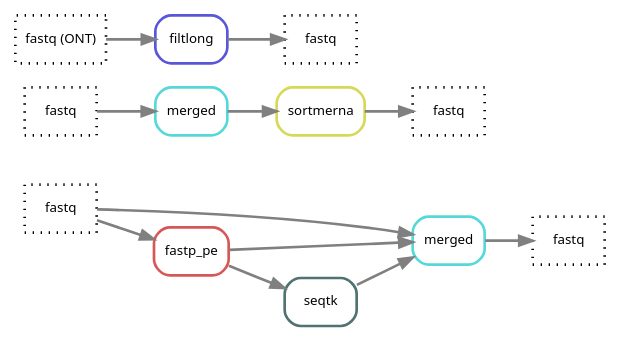
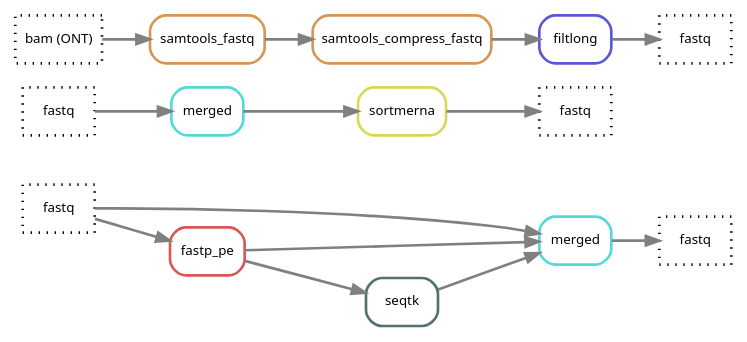
The diagram in docs/images/all.dot (hydra-genetics/prealignment), drawn with Graphviz before and after one commit. The commit also changed 16 other files, not shown here.

First line of the commit message:
feat: add samtools rules to convert ONT ubam to fastq.gz before filtlong

```diff
--- a/docs/images/all.dot
+++ b/docs/images/all.dot
@@ -1,29 +1,33 @@
 digraph snakemake_dag {
 	rankdir=LR;
     graph[bgcolor=white, margin=0];
     node[shape=box, style=rounded, fontname=sans,                 fontsize=10, penwidth=2];
     edge[penwidth=2, color=grey];
 	0[label = "fastq", color = "0.0 0.0 0.0", style="dotted"];
 	20[label = "fastq", color = "0.0 0.0 0.0", style="dotted"];
 	10[label = "fastq", color = "0.0 0.0 0.0", style="dotted"];
 	11[label = "fastq", color = "0.0 0.0 0.0", style="dotted"];
 	1[label = "merged", color = "0.50 0.6 0.85", style="rounded"];
 	21[label = "merged", color = "0.50 0.6 0.85", style="rounded"];
 	2[label = "fastp_pe", color = "0.00 0.6 0.85", style="rounded"];
 	4[label = "seqtk", color = "0.50 0.3 0.45", style="rounded"];
 	3[label = "sortmerna", color = "0.17 0.6 0.85", style="rounded"];
-	30[label = "fastq (ONT)", color = "0.0 0.0 0.0", style="dotted"];
+	30[label = "bam (ONT)", color = "0.0 0.0 0.0", style="dotted"];
 	31[label = "fastq", color = "0.0 0.0 0.0", style="dotted"];
+	7[label = "samtools_fastq", color = "0.08 0.6 0.85", style="rounded"];
+	8[label = "samtools_compress_fastq", color = "0.08 0.6 0.85", style="rounded"];
 	5[label = "filtlong", color = "0.67 0.6 0.85", style="rounded"];
 	0 -> 2
 	0 -> 1
 	2 -> 1
 	2 -> 4
 	4 -> 1
 	1 -> 10
 	20 -> 21
 	21 -> 3
 	3 -> 11
-	30 -> 5
+	30 -> 7
+	7 -> 8
+	8 -> 5
 	5 -> 31
 }   
```
